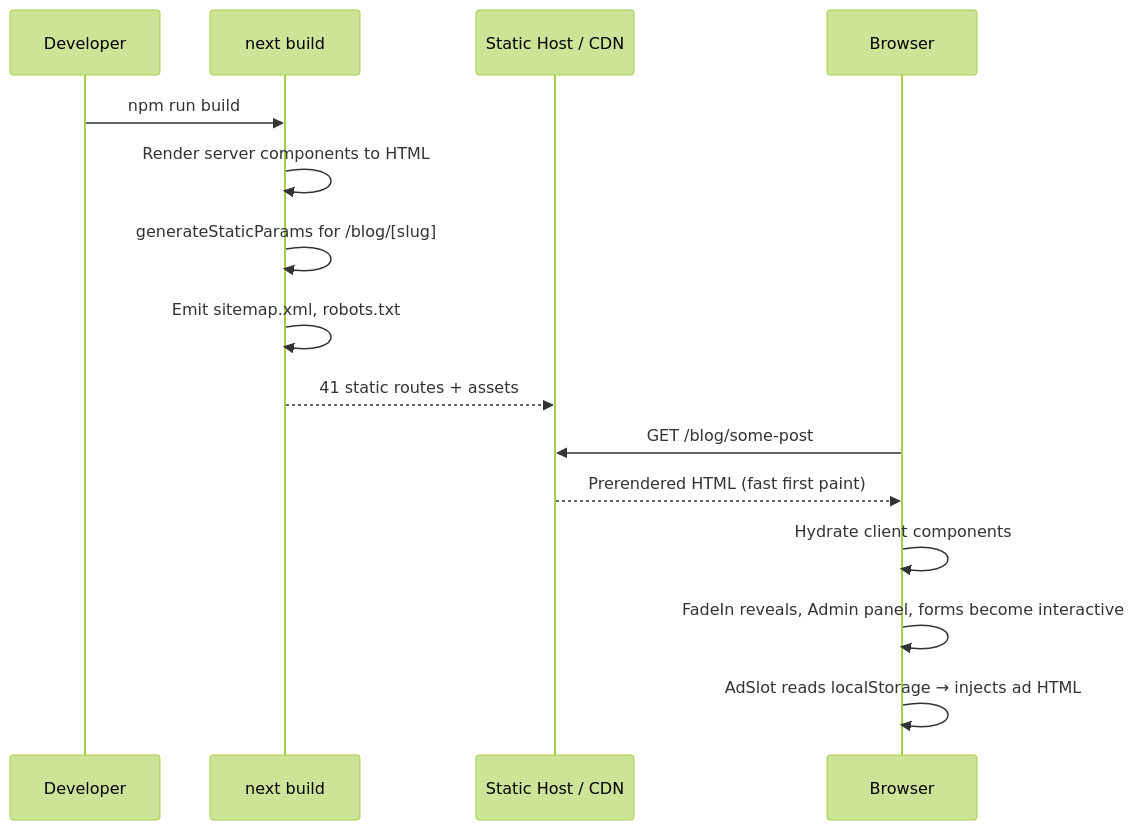
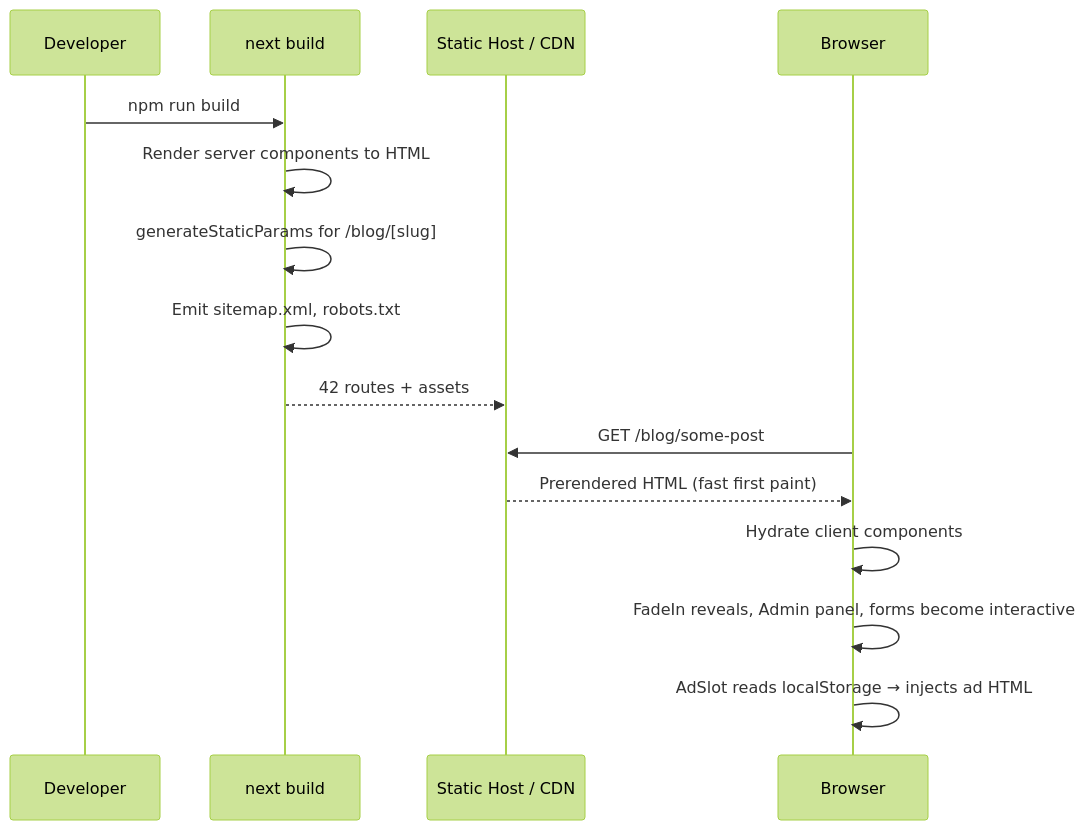
Before and after one commit to LasaKaru/ruwanwelisaya: the first of 5 diagrams in docs/ARCHITECTURE.md, drawn with Mermaid (forest theme). The commit also changed other lines of this file and 9 other files, not shown here.

````diff
--- a/docs/ARCHITECTURE.md
+++ b/docs/ARCHITECTURE.md
@@ -14,18 +16,18 @@
 ```mermaid
 sequenceDiagram
     participant Dev as Developer
     participant Next as next build
     participant CDN as Static Host / CDN
     participant User as Browser
 
     Dev->>Next: npm run build
     Next->>Next: Render server components to HTML
     Next->>Next: generateStaticParams for /blog/[slug]
     Next->>Next: Emit sitemap.xml, robots.txt
-    Next-->>CDN: 41 static routes + assets
+    Next-->>CDN: 42 routes + assets
     User->>CDN: GET /blog/some-post
     CDN-->>User: Prerendered HTML (fast first paint)
     User->>User: Hydrate client components
     User->>User: FadeIn reveals, Admin panel, forms become interactive
     User->>User: AdSlot reads localStorage → injects ad HTML
 ```
````
